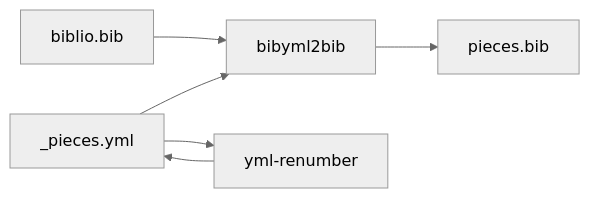
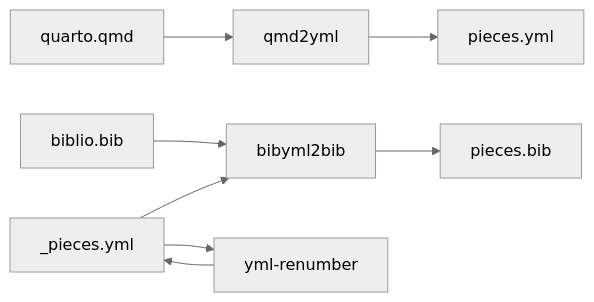
The fifth of 6 diagrams in linto-guide/biblio.md (chris2fr/linto), drawn with Mermaid (neutral theme) before and after one commit. The commit also changed other lines of this file and 1 other file, not shown here.

````diff
--- a/linto-guide/biblio.md
+++ b/linto-guide/biblio.md
@@ -77,5 +178,6 @@
 ```mermaid
 flowchart LR
+quarto.qmd --> qmd2yml --> pieces.yml
 _pieces.yml & biblio.bib --> bibyml2bib --> pieces.bib
 _pieces.yml --> yml-renumber --> _pieces.yml
 ```
````
